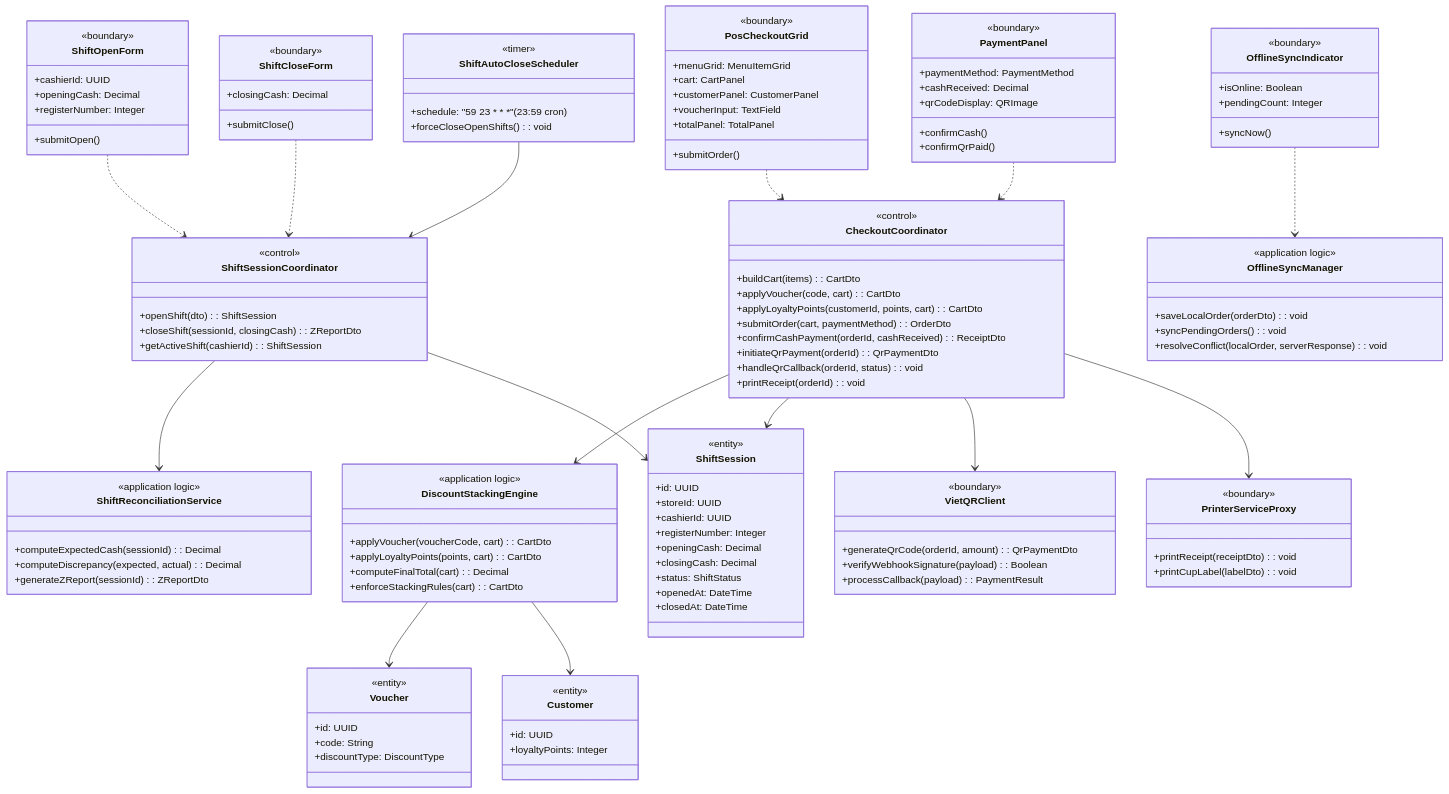
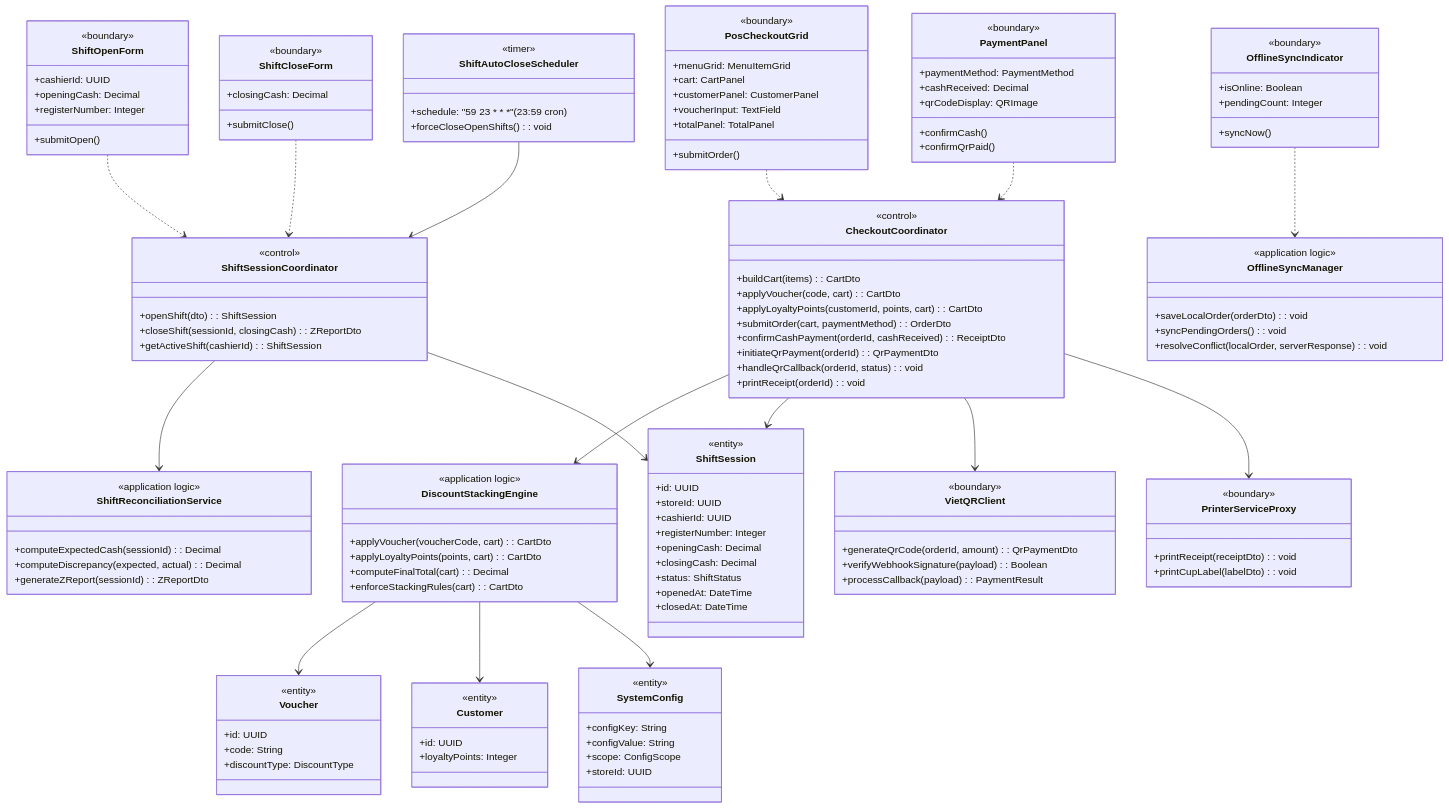
Before and after one commit to Shaichi/Khoga_coffe_shop: the first of 6 diagrams in rds_sections/10_detailed_3_7_pos_transaction.md, drawn with Mermaid. The commit also changed other lines of this file and 3 other files, not shown here.

Commit message:
docs: fix class diagram gaps — add OrderItemTopping (3.8), ShiftSession (3.10), SystemConfig (3.7)

````diff
--- a/rds_sections/10_detailed_3_7_pos_transaction.md
+++ b/rds_sections/10_detailed_3_7_pos_transaction.md
@@ -118,6 +118,13 @@
         +id: UUID
         +loyaltyPoints: Integer
     }
+    class SystemConfig {
+        <<entity>>
+        +configKey: String
+        +configValue: String
+        +scope: ConfigScope
+        +storeId: UUID
+    }
 
     ShiftOpenForm ..> ShiftSessionCoordinator
     ShiftCloseForm ..> ShiftSessionCoordinator
@@ -133,4 +140,5 @@
     ShiftAutoCloseScheduler --> ShiftSessionCoordinator
     DiscountStackingEngine --> Voucher
     DiscountStackingEngine --> Customer
+    DiscountStackingEngine --> SystemConfig
 ```
````
